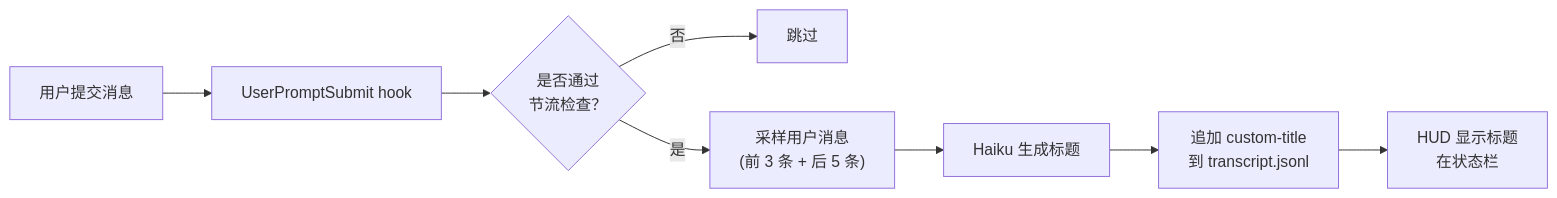
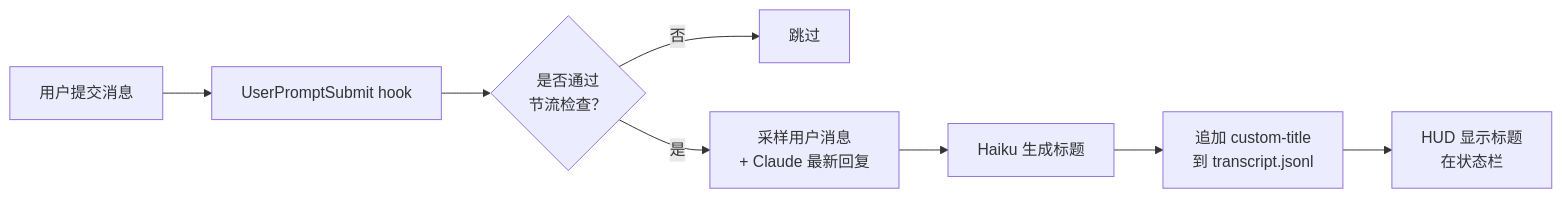
The diagram in README_ZH.md (macworld/claude-live-title), drawn with Mermaid before and after one commit. The commit also changed other lines of this file and 1 other file, not shown here.

````diff
--- a/README_ZH.md
+++ b/README_ZH.md
@@ -36,10 +42,10 @@
 ```mermaid
 flowchart LR
     A[用户提交消息] --> B[UserPromptSubmit hook]
     B --> C{是否通过<br/>节流检查？}
     C -->|否| D[跳过]
-    C -->|是| E["采样用户消息<br/>(前 3 条 + 后 5 条)"]
+    C -->|是| E["采样用户消息<br/>+ Claude 最新回复"]
     E --> F[Haiku 生成标题]
     F --> G[追加 custom-title<br/>到 transcript.jsonl]
     G --> H[HUD 显示标题<br/>在状态栏]
 ```
````
